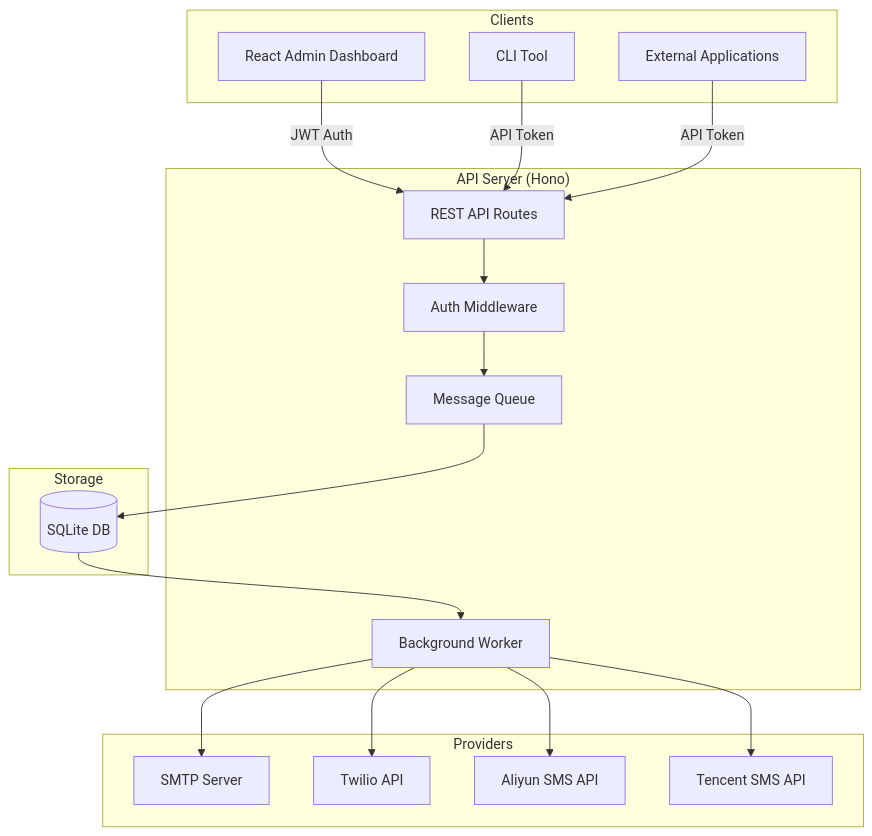
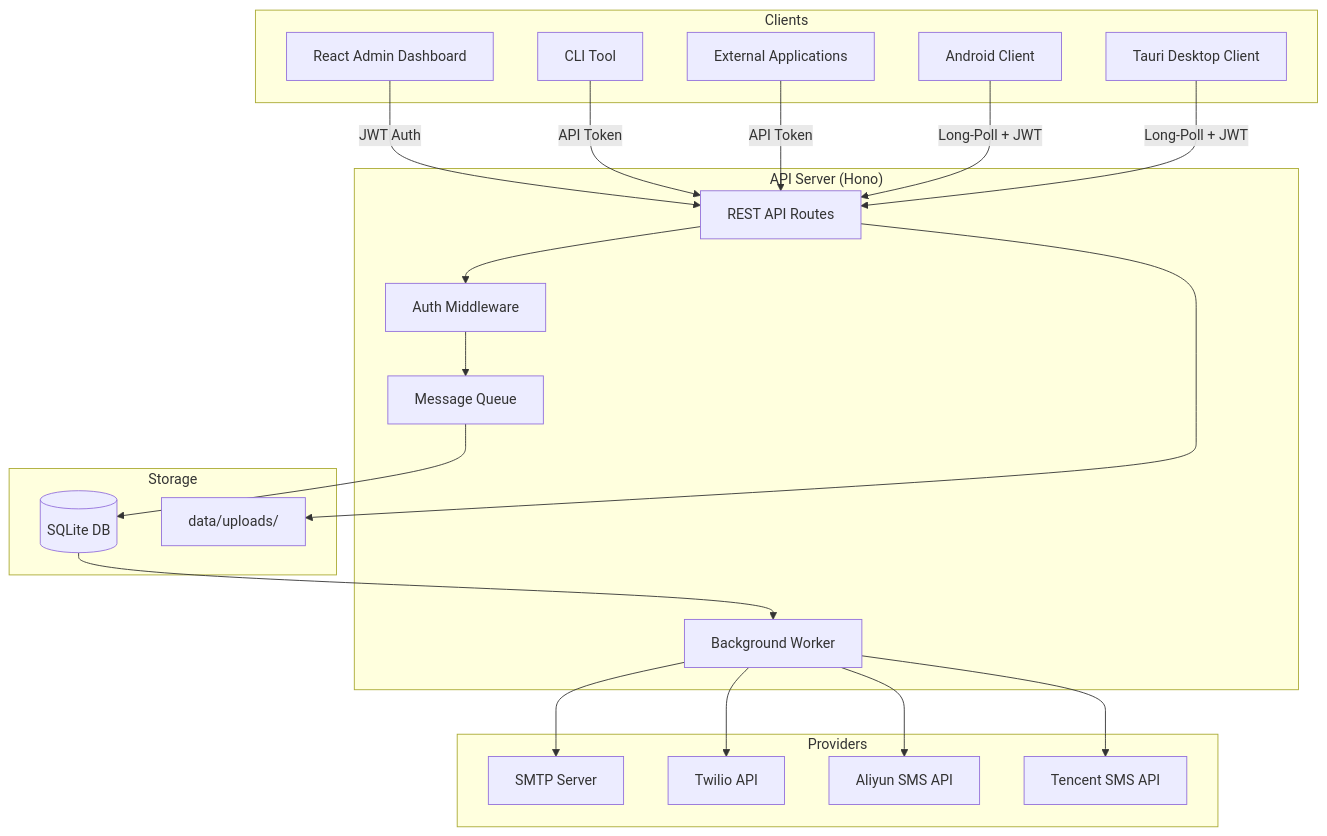
One commit to XUranus/notify-hub changed the first of 4 diagrams in docs/docs/architecture.md. Above: the diagram before and after it, drawn with Mermaid. The commit also changed other lines of this file and 11 other files, not shown here.

````diff
--- a/docs/docs/architecture.md
+++ b/docs/docs/architecture.md
@@ -14,38 +14,44 @@
 ```mermaid
 flowchart TB
     subgraph Clients
         Web[React Admin Dashboard]
         CLI[CLI Tool]
         Ext[External Applications]
+        Android[Android Client]
+        Tauri[Tauri Desktop Client]
     end
 
     subgraph Server ["API Server (Hono)"]
         API[REST API Routes]
         Auth[Auth Middleware]
         Queue[Message Queue]
         Worker[Background Worker]
     end
 
     subgraph Storage
         SQLite[(SQLite DB)]
+        Files[data/uploads/]
     end
 
     subgraph Providers
         SMTP[SMTP Server]
         Twilio[Twilio API]
         Aliyun[Aliyun SMS API]
         Tencent[Tencent SMS API]
     end
 
     Web -->|JWT Auth| API
     CLI -->|API Token| API
     Ext -->|API Token| API
+    Android -->|Long-Poll + JWT| API
+    Tauri -->|Long-Poll + JWT| API
     API --> Auth
     Auth --> Queue
     Queue --> SQLite
     SQLite --> Worker
     Worker --> SMTP
     Worker --> Twilio
     Worker --> Aliyun
     Worker --> Tencent
+    API --> Files
 ```
````
